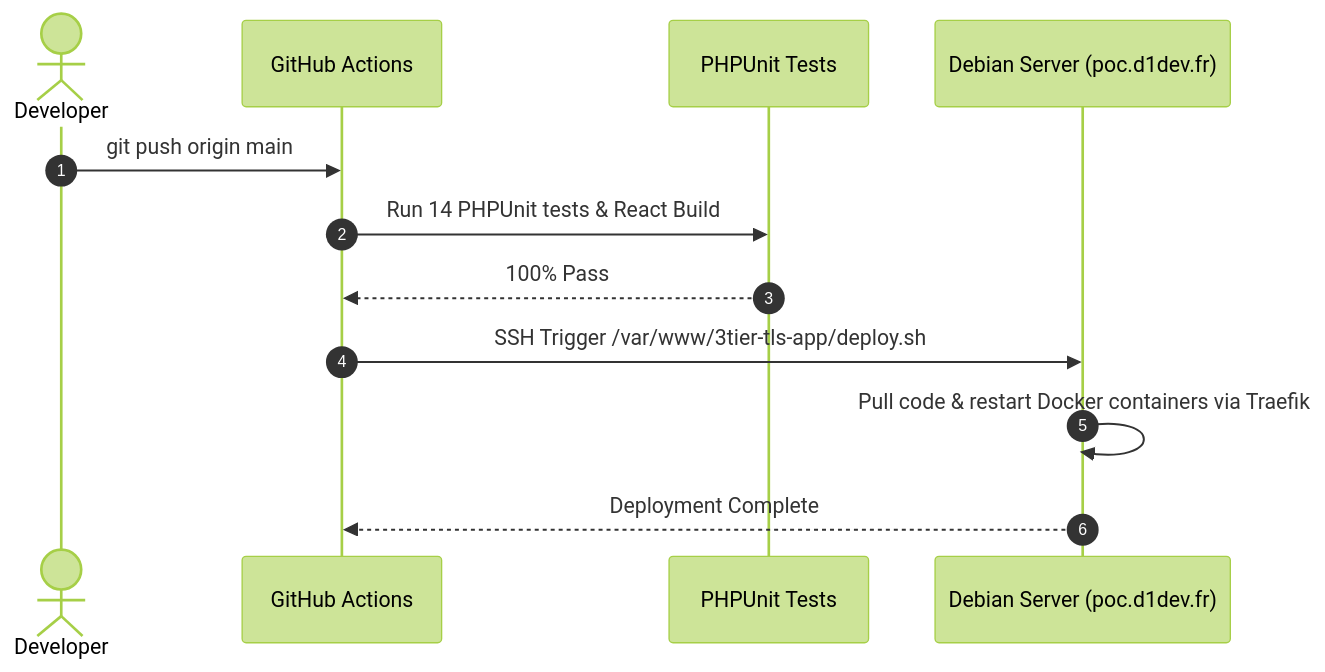
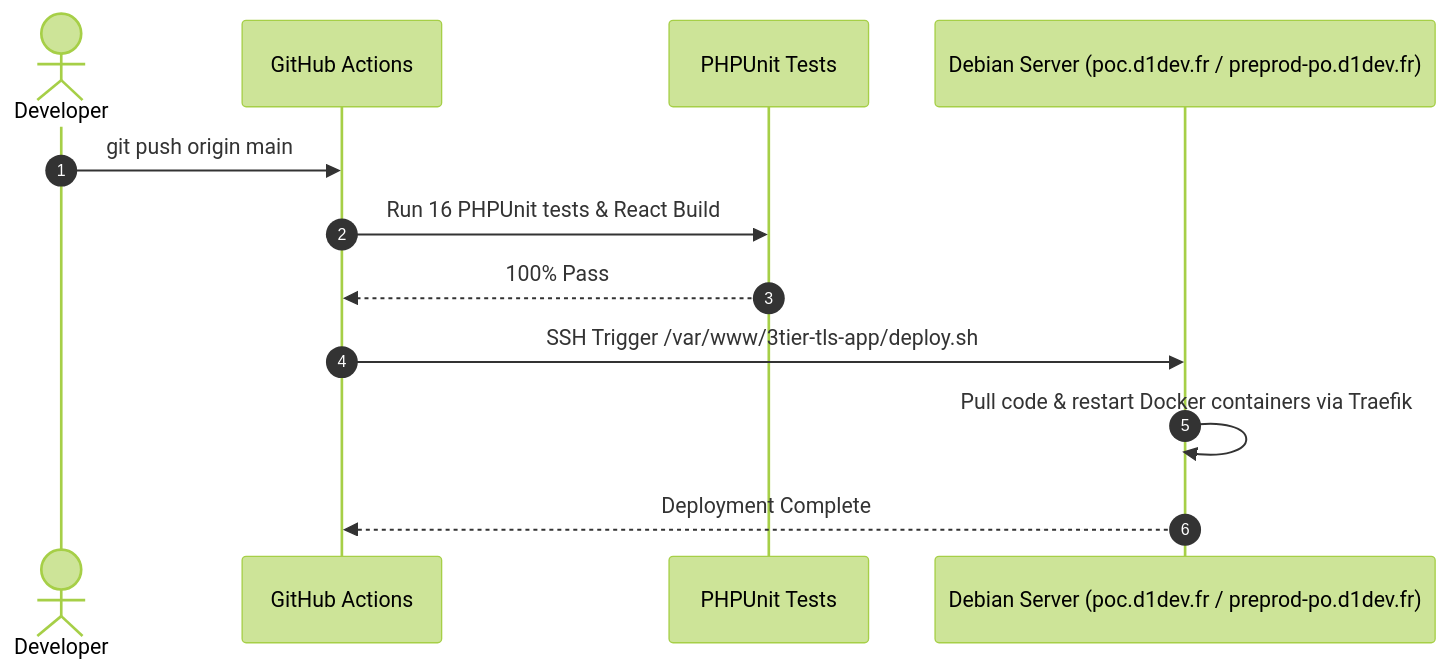
The second of 2 diagrams in backend/doc/deployment.md (ba-rem26007/poc), drawn with Mermaid (forest theme) before and after one commit. The commit also changed other lines of this file and 2 other files, not shown here.

Commit message:
feat: add preprod domain preprod-po.d1dev.fr to Caddy and Traefik router configurations

````diff
--- a/backend/doc/deployment.md
+++ b/backend/doc/deployment.md
@@ -22,15 +22,15 @@
 ```mermaid
 sequenceDiagram
     autonumber
     actor Dev as Developer
     participant GitHub as GitHub Actions
     participant PHPUnit as PHPUnit Tests
-    participant Server as Debian Server (poc.d1dev.fr)
+    participant Server as Debian Server (poc.d1dev.fr / preprod-po.d1dev.fr)
 
     Dev->>GitHub: git push origin main
-    GitHub->>PHPUnit: Run 14 PHPUnit tests & React Build
+    GitHub->>PHPUnit: Run 16 PHPUnit tests & React Build
     PHPUnit-->>GitHub: 100% Pass
     GitHub->>Server: SSH Trigger /var/www/3tier-tls-app/deploy.sh
     Server->>Server: Pull code & restart Docker containers via Traefik
     Server-->>GitHub: Deployment Complete
 ```
````
